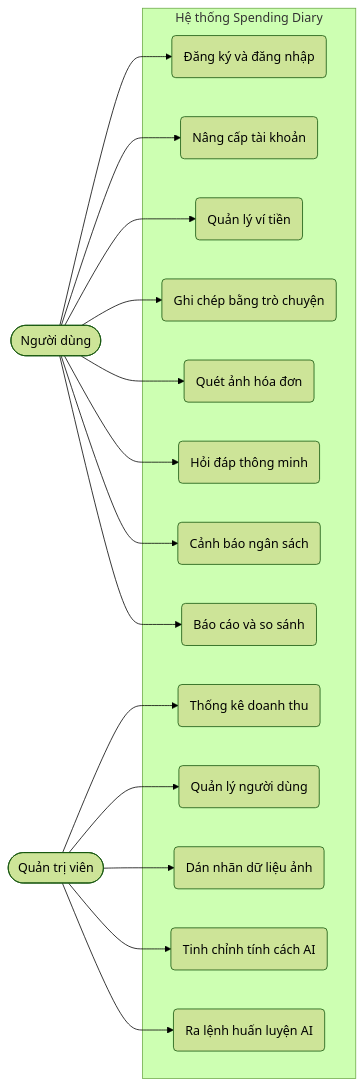
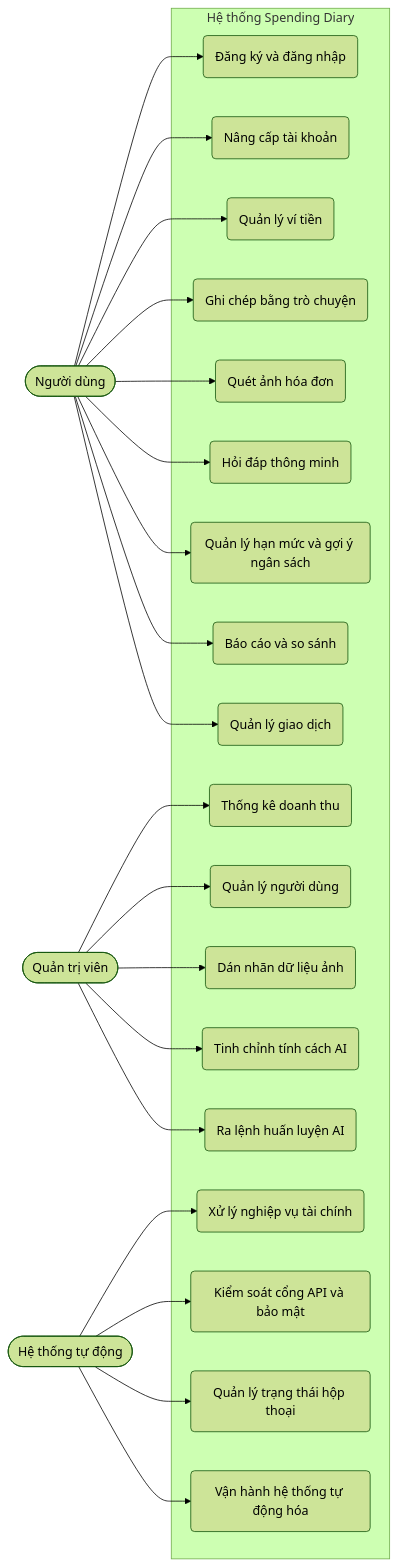
Before and after one commit to maikhang160504/spending-diary: the first of 20 diagrams in Luan_van_Hoan_chinh.md, drawn with Mermaid (forest theme). The commit also changed other lines of this file and 44 other files, not shown here.

````diff
--- a/Luan_van_Hoan_chinh.md
+++ b/Luan_van_Hoan_chinh.md
@@ -159,37 +161,50 @@
 ```mermaid
 flowchart LR
     User([Người dùng])
     Admin([Quản trị viên])
+    System([Hệ thống tự động])
 
     subgraph Hệ thống Spending Diary
         UC1(Đăng ký và đăng nhập)
         UC2(Nâng cấp tài khoản)
         UC3(Quản lý ví tiền)
         UC4(Ghi chép bằng trò chuyện)
         UC5(Quét ảnh hóa đơn)
         UC6(Hỏi đáp thông minh)
-        UC7(Cảnh báo ngân sách)
+        UC7(Quản lý hạn mức và gợi ý ngân sách)
         UC8(Báo cáo và so sánh)
+        UC14(Quản lý giao dịch)
 
         UC9(Thống kê doanh thu)
         UC10(Quản lý người dùng)
         UC11(Dán nhãn dữ liệu ảnh)
         UC12(Tinh chỉnh tính cách AI)
         UC13(Ra lệnh huấn luyện AI)
+
+        UC15(Xử lý nghiệp vụ tài chính)
+        UC16(Kiểm soát cổng API và bảo mật)
+        UC17(Quản lý trạng thái hộp thoại)
+        UC18(Vận hành hệ thống tự động hóa)
     end
 
     User --> UC1
     User --> UC2
     User --> UC3
     User --> UC4
     User --> UC5
     User --> UC6
     User --> UC7
     User --> UC8
+    User --> UC14
 
     Admin --> UC9
     Admin --> UC10
     Admin --> UC11
     Admin --> UC12
     Admin --> UC13
+
+    System --> UC15
+    System --> UC16
+    System --> UC17
+    System --> UC18
 ```
````
